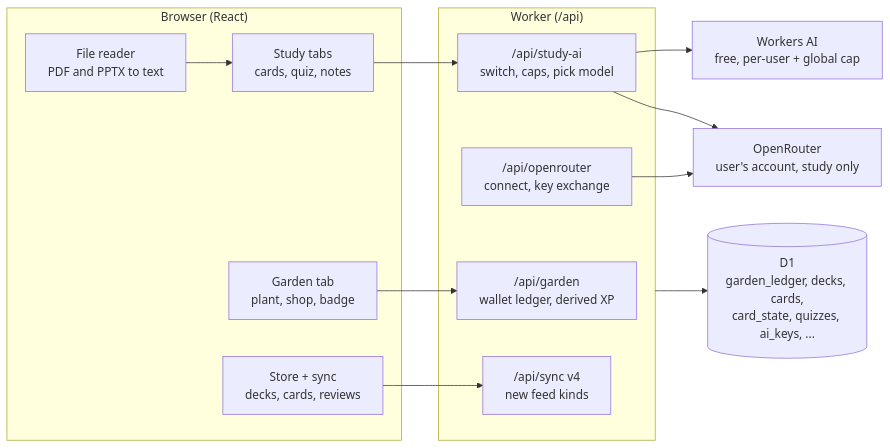
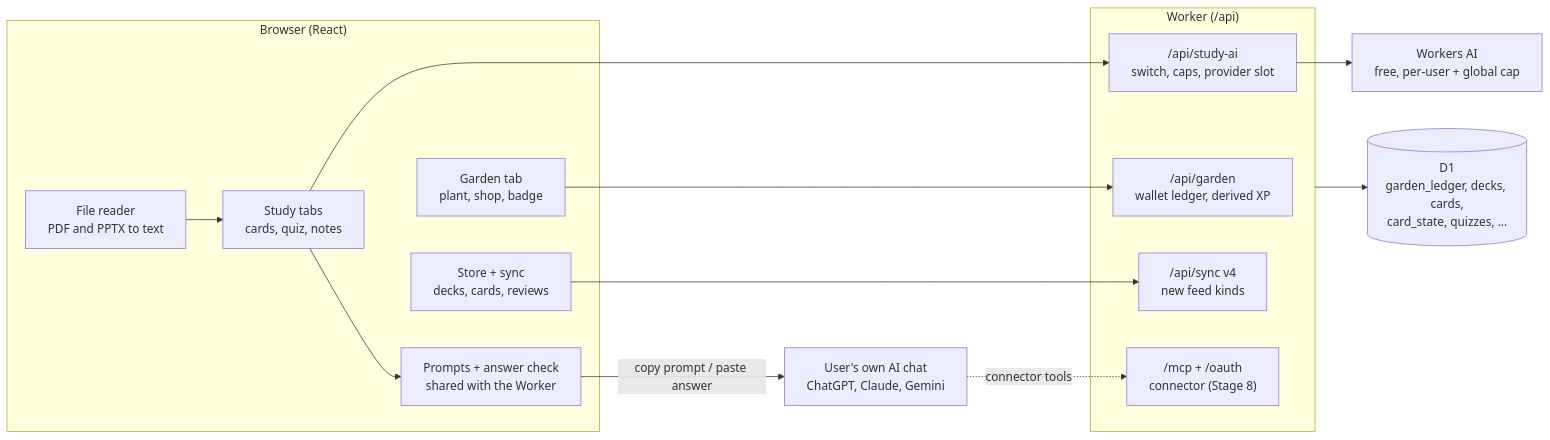
Before and after one commit to gvogas/medDashboard: the diagram in docs/superpowers/specs/2026-10-14-study-garden-design.md, drawn with Mermaid. The commit also changed other lines of this file and 1 other file, not shown here.

First line of the commit message:
Docs: Study Garden AI without a third party; plan checked against main

````diff
--- a/docs/superpowers/specs/2026-10-14-study-garden-design.md
+++ b/docs/superpowers/specs/2026-10-14-study-garden-design.md
@@ -53,26 +70,28 @@
 ```mermaid
 flowchart LR
   subgraph Browser["Browser (React)"]
     GT["Garden tab<br/>plant, shop, badge"]
     ST["Study tabs<br/>cards, quiz, notes"]
     FR["File reader<br/>PDF and PPTX to text"]
+    PP["Prompts + answer check<br/>shared with the Worker"]
     SS["Store + sync<br/>decks, cards, reviews"]
   end
   subgraph Worker["Worker (/api)"]
     AG["/api/garden<br/>wallet ledger, derived XP"]
-    AI["/api/study-ai<br/>switch, caps, pick model"]
-    OR["/api/openrouter<br/>connect, key exchange"]
+    AI["/api/study-ai<br/>switch, caps, provider slot"]
     SY["/api/sync v4<br/>new feed kinds"]
+    MC["/mcp + /oauth<br/>connector (Stage 8)"]
   end
   WAI["Workers AI<br/>free, per-user + global cap"]
-  ORP["OpenRouter<br/>user's account, study only"]
-  D1[("D1<br/>garden_ledger, decks, cards,<br/>card_state, quizzes, ai_keys, ...")]
+  CHAT["User's own AI chat<br/>ChatGPT, Claude, Gemini"]
+  D1[("D1<br/>garden_ledger, decks, cards,<br/>card_state, quizzes, ...")]
   FR --> ST
+  ST --> PP
+  PP -- "copy prompt / paste answer" --> CHAT
   GT --> AG
   ST --> AI
   SS --> SY
   AI --> WAI
-  AI --> ORP
-  OR --> ORP
+  CHAT -. "connector tools" .-> MC
   Worker --> D1
 ```
````
